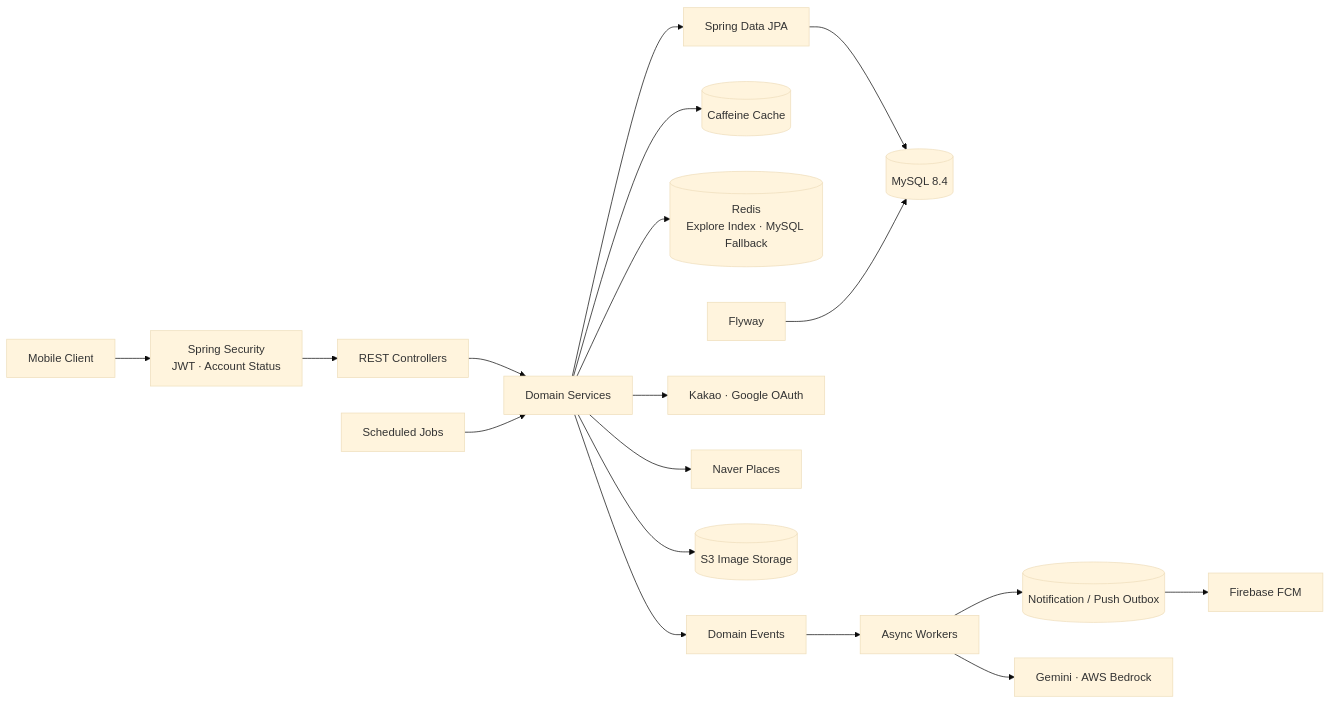
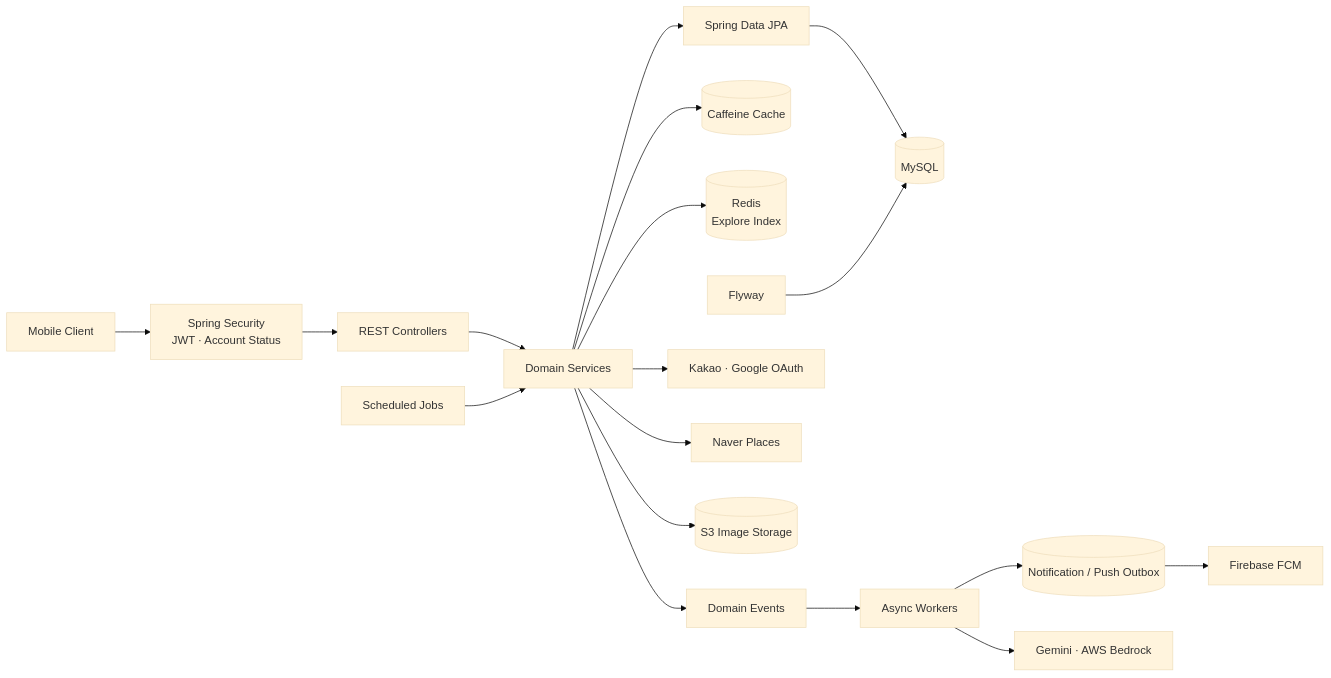
The first of 3 diagrams in README.md (RuleUp-ASM/Backend), drawn with Mermaid (base theme) before and after one commit. The commit also changed other lines of this file and 3 other files, not shown here.

````diff
--- a/README.md
+++ b/README.md
@@ -62,23 +62,23 @@
 ```mermaid
 flowchart LR
     App[Mobile Client] --> Security[Spring Security<br/>JWT · Account Status]
     Security --> API[REST Controllers]
     API --> Domain[Domain Services]
     Domain --> JPA[Spring Data JPA]
-    JPA --> DB[(MySQL 8.4)]
+    JPA --> DB[(MySQL)]
 
     Domain --> Cache[(Caffeine Cache)]
-    Domain --> Redis[(Redis<br/>Explore Index · MySQL Fallback)]
+    Domain --> Redis[(Redis<br/>Explore Index)]
     Domain --> Event[Domain Events]
     Event --> Async[Async Workers]
     Async --> Outbox[(Notification / Push Outbox)]
 
     Domain --> OAuth[Kakao · Google OAuth]
     Async --> AI[Gemini · AWS Bedrock]
     Domain --> Places[Naver Places]
     Outbox --> FCM[Firebase FCM]
     Domain --> S3[(S3 Image Storage)]
 
     Flyway[Flyway] --> DB
     Scheduler[Scheduled Jobs] --> Domain
 ```
````
